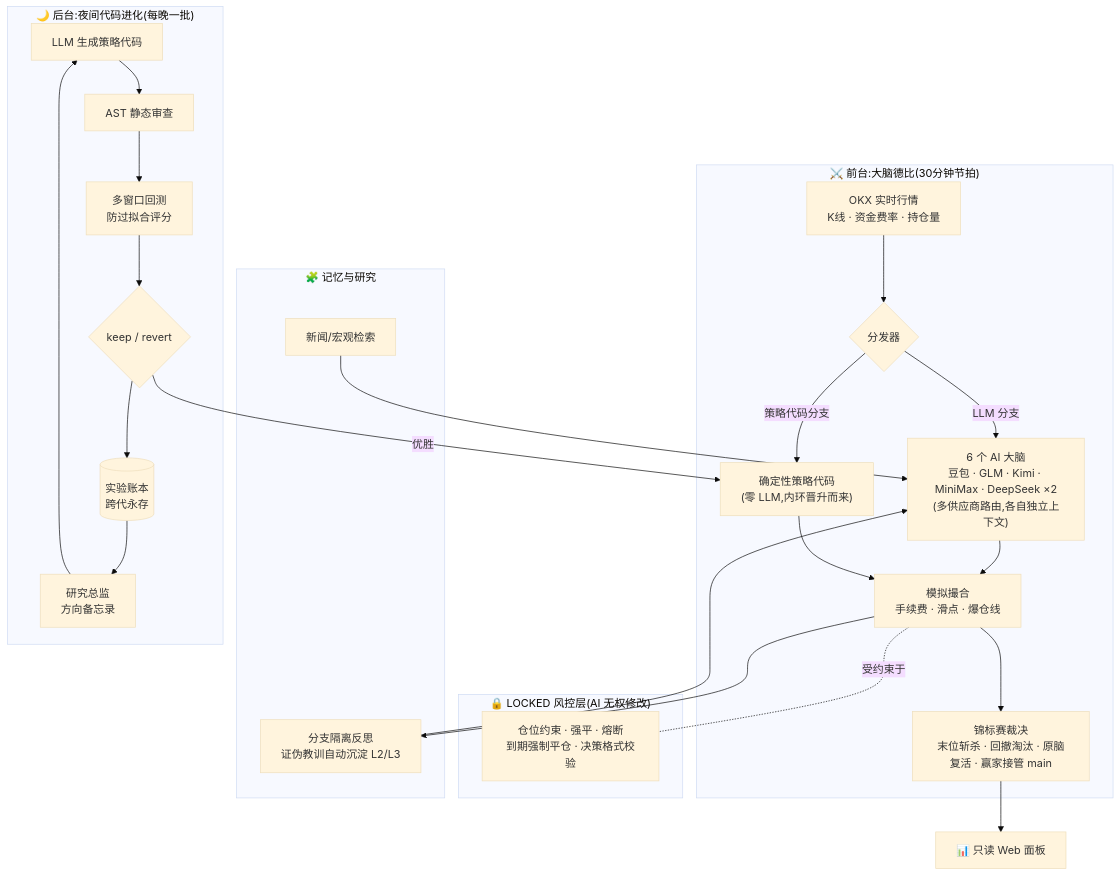
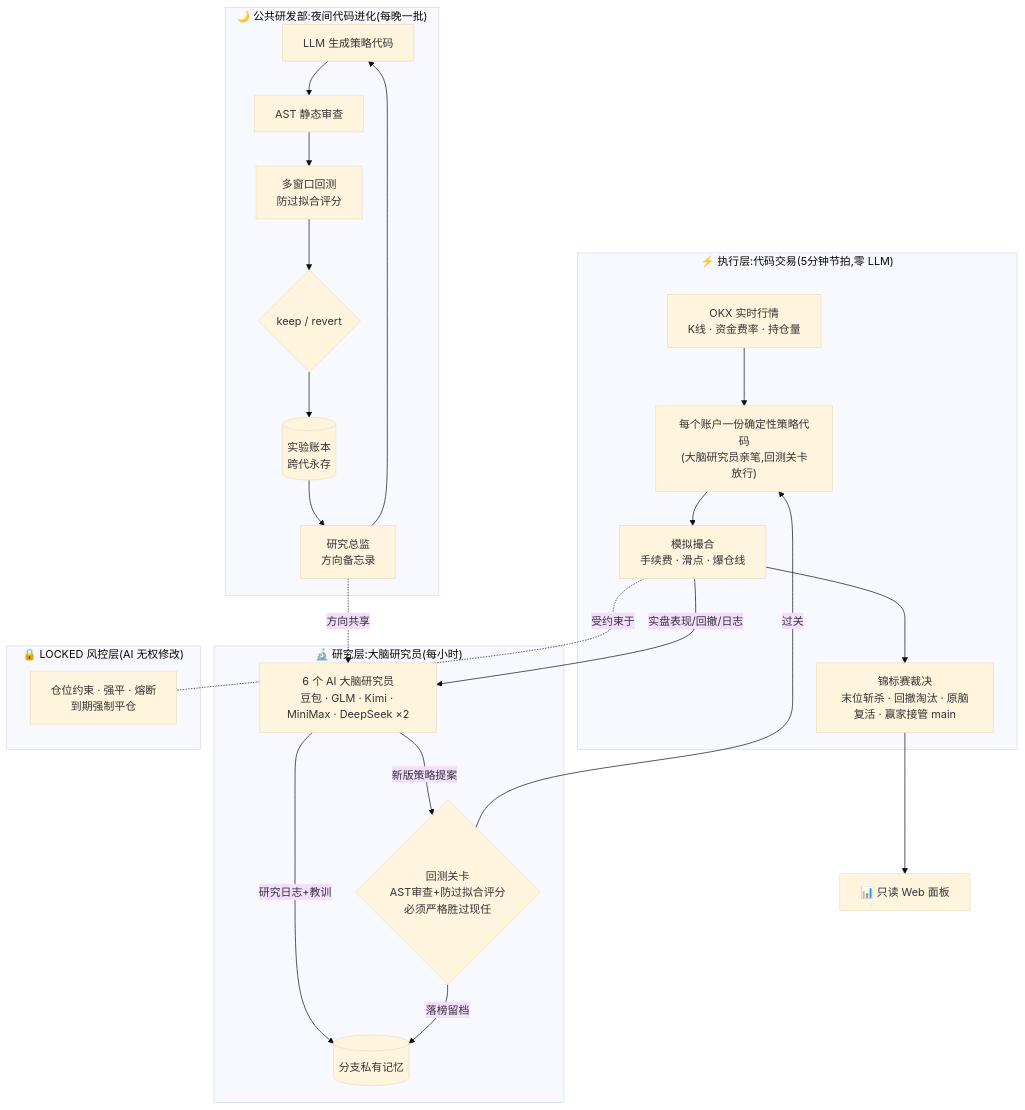
One commit to Yi-111-a/alphaloop-crypto changed the diagram in README.md. Above: the diagram before and after it, drawn with Mermaid (base theme). The commit also changed other lines of this file and 8 other files, not shown here.

````diff
--- a/README.md
+++ b/README.md
@@ -37,30 +42,30 @@
 ```mermaid
 flowchart TB
-    subgraph 前台["⚔️ 前台:大脑德比(30分钟节拍)"]
-        MKT[OKX 实时行情<br/>K线 · 资金费率 · 持仓量] --> DISPATCH{分发器}
-        DISPATCH -->|LLM 分支| BRAINS["6 个 AI 大脑<br/>豆包 · GLM · Kimi · MiniMax · DeepSeek ×2<br/>(多供应商路由,各自独立上下文)"]
-        DISPATCH -->|策略代码分支| POLICY["确定性策略代码<br/>(零 LLM,内环晋升而来)"]
-        BRAINS --> SIM[模拟撮合<br/>手续费 · 滑点 · 爆仓线]
-        POLICY --> SIM
+    subgraph 执行["⚡ 执行层:代码交易(5分钟节拍,零 LLM)"]
+        MKT[OKX 实时行情<br/>K线 · 资金费率 · 持仓量] --> POLICY["每个账户一份确定性策略代码<br/>(大脑研究员亲笔,回测关卡放行)"]
+        POLICY --> SIM[模拟撮合<br/>手续费 · 滑点 · 爆仓线]
         SIM --> TOUR["锦标赛裁决<br/>末位斩杀 · 回撤淘汰 · 原脑复活 · 赢家接管 main"]
     end
 
-    subgraph 风控["🔒 LOCKED 风控层(AI 无权修改)"]
-        SIM -.受约束于.- RISK[仓位约束 · 强平 · 熔断<br/>到期强制平仓 · 决策格式校验]
+    subgraph 研究["🔬 研究层:大脑研究员(每小时)"]
+        BRAINS["6 个 AI 大脑研究员<br/>豆包 · GLM · Kimi · MiniMax · DeepSeek ×2"]
+        SIM -->|实盘表现/回撤/日志| BRAINS
+        BRAINS -->|研究日志+教训| JOURNAL[(分支私有记忆)]
+        BRAINS -->|新版策略提案| GATE{回测关卡<br/>AST审查+防过拟合评分<br/>必须严格胜过现任}
+        GATE -->|过关| POLICY
+        GATE -->|落榜留档| JOURNAL
     end
 
-    subgraph 记忆["🧩 记忆与研究"]
-        SIM --> REFL["分支隔离反思<br/>证伪教训自动沉淀 L2/L3"]
-        REFL --> BRAINS
-        NEWS[新闻/宏观检索] --> BRAINS
+    subgraph 风控["🔒 LOCKED 风控层(AI 无权修改)"]
+        SIM -.受约束于.- RISK[仓位约束 · 强平 · 熔断<br/>到期强制平仓]
     end
 
-    subgraph 后台["🌙 后台:夜间代码进化(每晚一批)"]
+    subgraph 后台["🌙 公共研发部:夜间代码进化(每晚一批)"]
         GEN[LLM 生成策略代码] --> LINT[AST 静态审查] --> BT[多窗口回测<br/>防过拟合评分] --> KEEP{keep / revert}
-        KEEP -->|优胜| POLICY
         KEEP --> LEDGER[(实验账本<br/>跨代永存)]
         LEDGER --> DIRECTOR[研究总监<br/>方向备忘录] --> GEN
+        DIRECTOR -.方向共享.-> BRAINS
     end
 
     TOUR --> PANEL[📊 只读 Web 面板]
 ```
````
